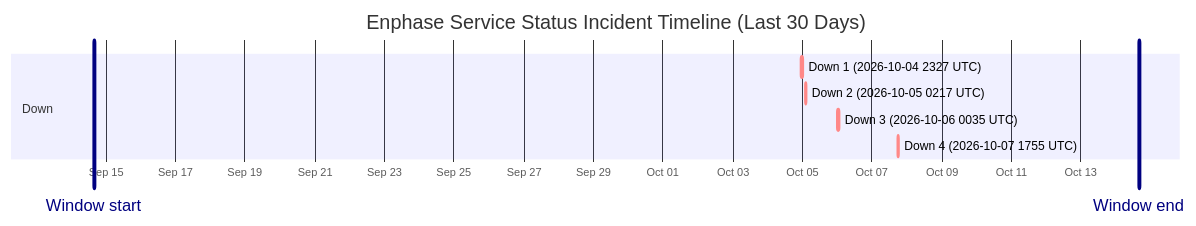
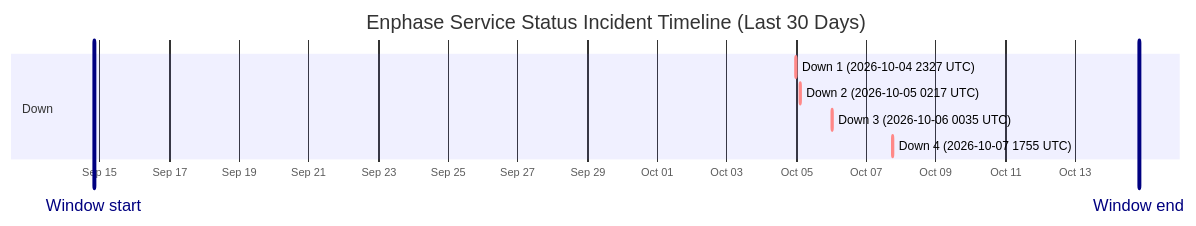
The diagram in wiki/Service-Status-History.md (barneyonline/ha-enphase-energy), drawn with Mermaid before and after one commit. The commit also changed other lines of this file and 3 other files, not shown here.

````diff
--- a/wiki/Service-Status-History.md
+++ b/wiki/Service-Status-History.md
@@ -14,13 +14,13 @@
 ```mermaid
 gantt
     title Enphase Service Status Incident Timeline (Last 30 Days)
     dateFormat  YYYY-MM-DDTHH:mm:ss
     axisFormat  %b %d
-    Window start :vert, window-start, 2026-09-14T15:53:29, 0ms
-    Window end :vert, window-end, 2026-10-14T15:53:29, 0ms
+    Window start :vert, window-start, 2026-09-14T19:58:23, 0ms
+    Window end :vert, window-end, 2026-10-14T19:58:23, 0ms
     section Down
     Down 1 (2026-10-04 2327 UTC) :crit, down-1, 2026-10-04T23:27:34, 60m
     Down 2 (2026-10-05 0217 UTC) :crit, down-2, 2026-10-05T02:17:30, 60m
     Down 3 (2026-10-06 0035 UTC) :crit, down-3, 2026-10-06T00:35:21, 60m
     Down 4 (2026-10-07 1755 UTC) :crit, down-4, 2026-10-07T17:55:16, 60m
 ```
````
